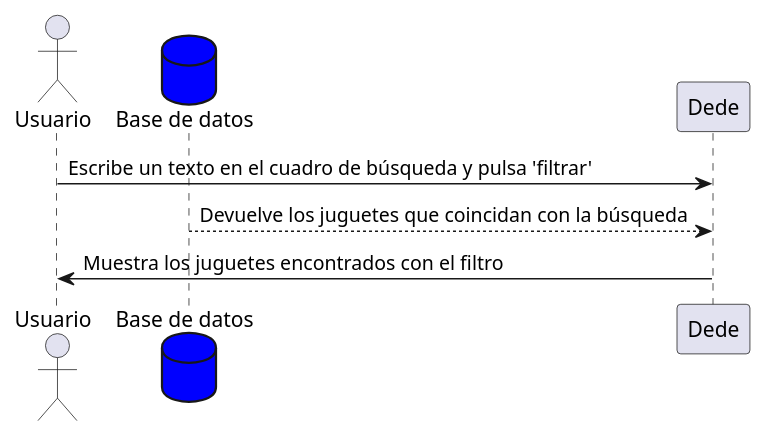
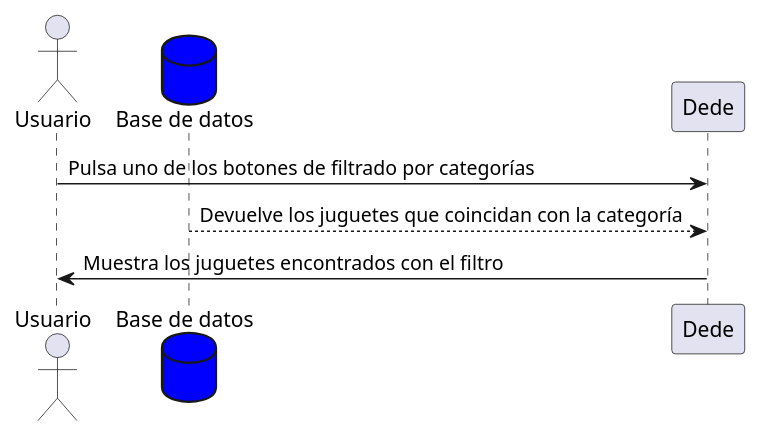
One commit to Arquisoft/dede_es2a changed the fifth of 7 diagrams in docs/06_runtime_view.adoc. Above: the diagram before and after it, drawn with PlantUML. The commit also changed 1 other file, not shown here.

Commit message:
Cambio diagrama de filtrado

```diff
--- a/docs/06_runtime_view.adoc
+++ b/docs/06_runtime_view.adoc
@@ -92,8 +92,8 @@
 [plantuml,"FiltrarProducto",png]
 ----
 actor Usuario
 database BaseDeDatos as "Base de datos" #blue
-Usuario -> Dede: Escribe un texto en el cuadro de búsqueda y pulsa 'filtrar'
-BaseDeDatos --> Dede: Devuelve los juguetes que coincidan con la búsqueda
+Usuario -> Dede: Pulsa uno de los botones de filtrado por categorías
+BaseDeDatos --> Dede: Devuelve los juguetes que coincidan con la categoría
 Usuario <- Dede: Muestra los juguetes encontrados con el filtro
 ----
```
